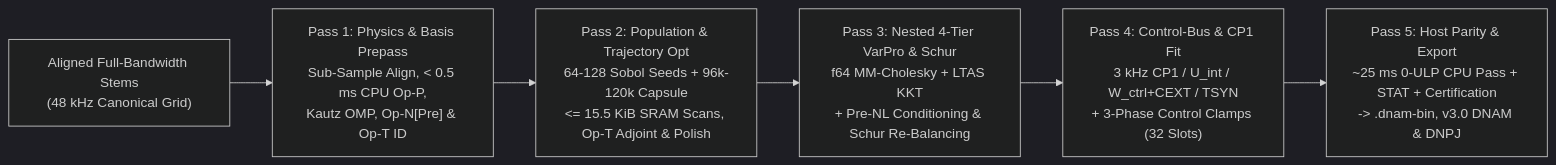
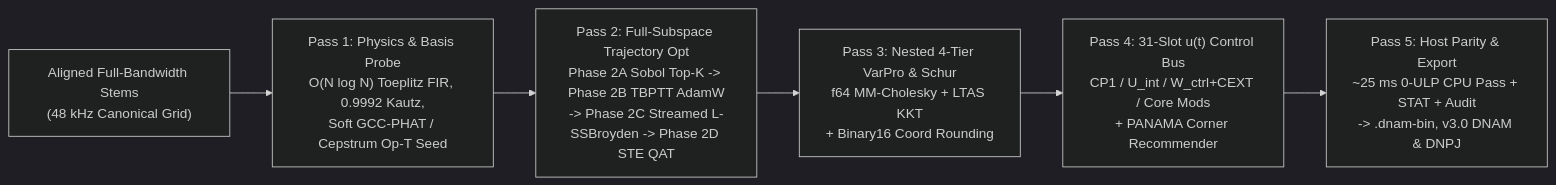
The first of 2 diagrams in docs/specs/training/webgpu_and_varpro_solver.md (mokugen/dnam), drawn with Mermaid (dark theme) before and after one commit. The commit also changed other lines of this file and 18 other files, not shown here.

````diff
--- a/docs/specs/training/webgpu_and_varpro_solver.md
+++ b/docs/specs/training/webgpu_and_varpro_solver.md
@@ -40,8 +40,8 @@
 ```mermaid
 flowchart LR
-    Stems["Aligned Full-Bandwidth Stems<br/>(48 kHz Canonical Grid)"] --> P1["Pass 1: Physics & Basis Prepass<br/>Sub-Sample Align, < 0.5 ms CPU Op-P,<br/>Kautz OMP, Op-N[Pre] & Op-T ID"]
-    P1 --> P2["Pass 2: Population & Trajectory Opt<br/>64-128 Sobol Seeds + 96k-120k Capsule<br/><= 15.5 KiB SRAM Scans, Op-T Adjoint & Polish"]
-    P2 --> P3["Pass 3: Nested 4-Tier VarPro & Schur<br/>f64 MM-Cholesky + LTAS KKT<br/>+ Pre-NL Conditioning & Schur Re-Balancing"]
-    P3 --> P4["Pass 4: Control-Bus & CP1 Fit<br/>3 kHz CP1 / U_int / W_ctrl+CEXT / TSYN<br/>+ 3-Phase Control Clamps (32 Slots)"]
-    P4 --> P5["Pass 5: Host Parity & Export<br/>~25 ms 0-ULP CPU Pass + STAT + Certification<br/>-> .dnam-bin, v3.0 DNAM & DNPJ"]
+    Stems["Aligned Full-Bandwidth Stems<br/>(48 kHz Canonical Grid)"] --> P1["Pass 1: Physics & Basis Probe<br/>O(N log N) Toeplitz FIR, 0.9992 Kautz,<br/>Soft GCC-PHAT / Cepstrum Op-T Seed"]
+    P1 --> P2["Pass 2: Full-Subspace Trajectory Opt<br/>Phase 2A Sobol Top-K -> Phase 2B TBPTT AdamW<br/>-> Phase 2C Streamed L-SSBroyden -> Phase 2D STE QAT"]
+    P2 --> P3["Pass 3: Nested 4-Tier VarPro & Schur<br/>f64 MM-Cholesky + LTAS KKT<br/>+ Binary16 Coord Rounding"]
+    P3 --> P4["Pass 4: 31-Slot u(t) Control Bus<br/>CP1 / U_int / W_ctrl+CEXT / Core Mods<br/>+ PANAMA Corner Recommender"]
+    P4 --> P5["Pass 5: Host Parity & Export<br/>~25 ms 0-ULP CPU Pass + STAT + Audit<br/>-> .dnam-bin, v3.0 DNAM & DNPJ"]
 ```
````
